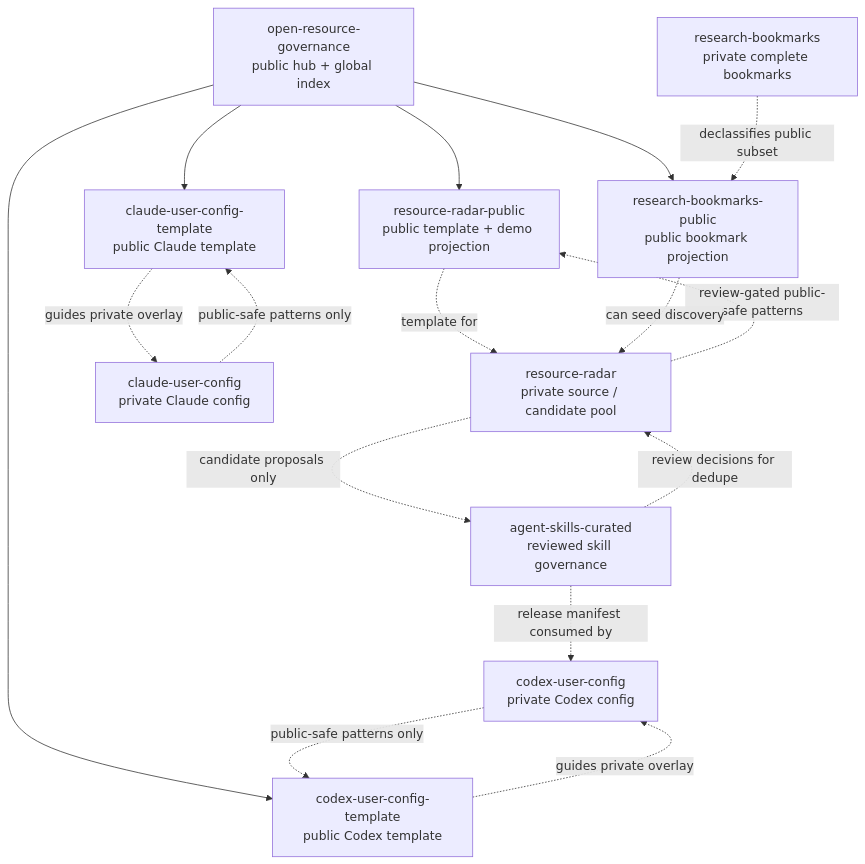
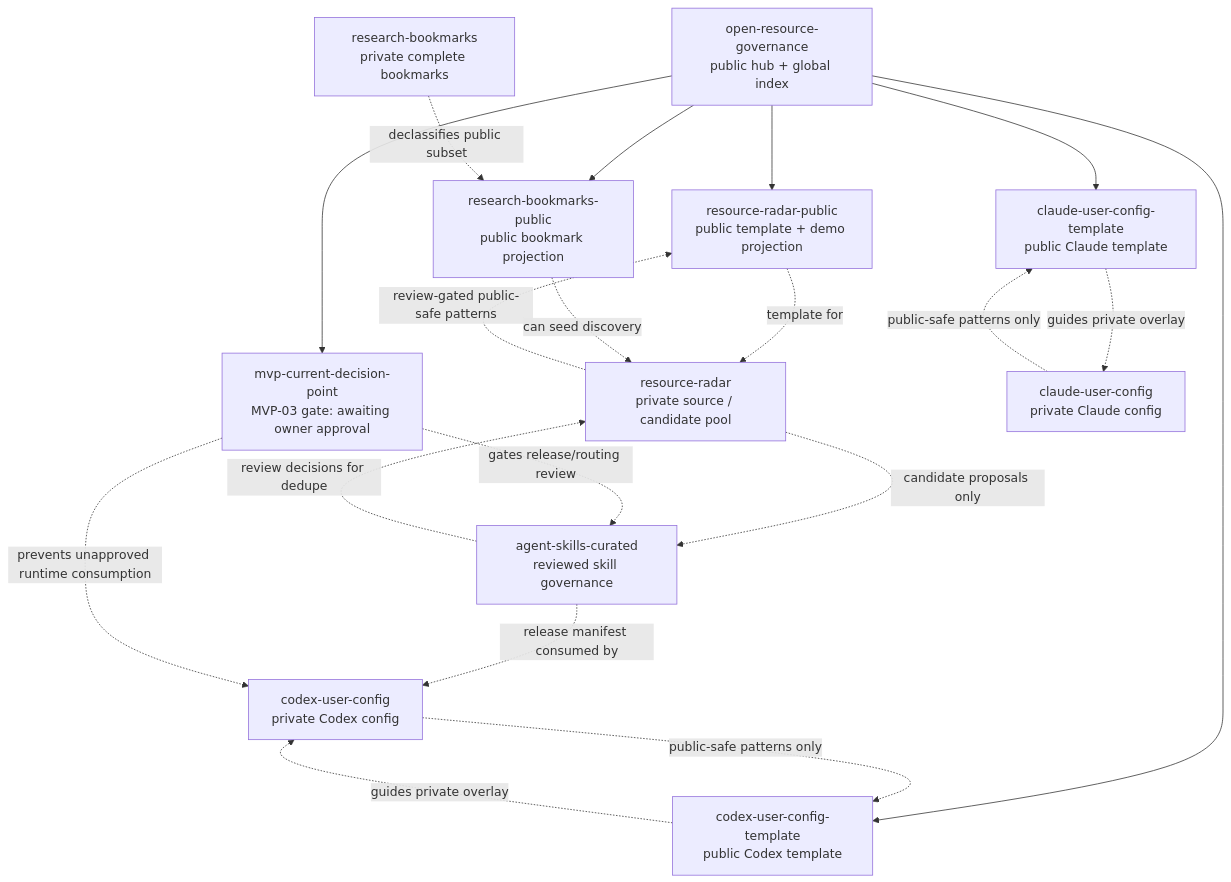
The diagram in docs/system-topology.md (yiheng8023/open-resource-governance), drawn with Mermaid before and after one commit. The commit also changed other lines of this file and 3 other files, not shown here.

Commit message:
Add MVP gate to system topology

````diff
--- a/docs/system-topology.md
+++ b/docs/system-topology.md
@@ -55,37 +59,41 @@
 ```mermaid
 flowchart TD
   hub["open-resource-governance<br/>public hub + global index"]
 
   radarPrivate["resource-radar<br/>private source / candidate pool"]
   radarPublic["resource-radar-public<br/>public template + demo projection"]
 
   bookmarksPrivate["research-bookmarks<br/>private complete bookmarks"]
   bookmarksPublic["research-bookmarks-public<br/>public bookmark projection"]
 
   skills["agent-skills-curated<br/>reviewed skill governance"]
+  mvpGate["mvp-current-decision-point<br/>MVP-03 gate: awaiting owner approval"]
 
   codexTemplate["codex-user-config-template<br/>public Codex template"]
   codexPrivate["codex-user-config<br/>private Codex config"]
   claudeTemplate["claude-user-config-template<br/>public Claude template"]
   claudePrivate["claude-user-config<br/>private Claude config"]
 
   hub --> radarPublic
   hub --> bookmarksPublic
   hub --> codexTemplate
   hub --> claudeTemplate
+  hub --> mvpGate
 
   radarPublic -. "template for" .-> radarPrivate
   radarPrivate -. "review-gated public-safe patterns" .-> radarPublic
 
   bookmarksPrivate -. "declassifies public subset" .-> bookmarksPublic
   bookmarksPublic -. "can seed discovery" .-> radarPrivate
 
   radarPrivate -. "candidate proposals only" .-> skills
   skills -. "review decisions for dedupe" .-> radarPrivate
   skills -. "release manifest consumed by" .-> codexPrivate
+  mvpGate -. "gates release/routing review" .-> skills
+  mvpGate -. "prevents unapproved runtime consumption" .-> codexPrivate
 
   codexTemplate -. "guides private overlay" .-> codexPrivate
   codexPrivate -. "public-safe patterns only" .-> codexTemplate
   claudeTemplate -. "guides private overlay" .-> claudePrivate
   claudePrivate -. "public-safe patterns only" .-> claudeTemplate
 ```
````
